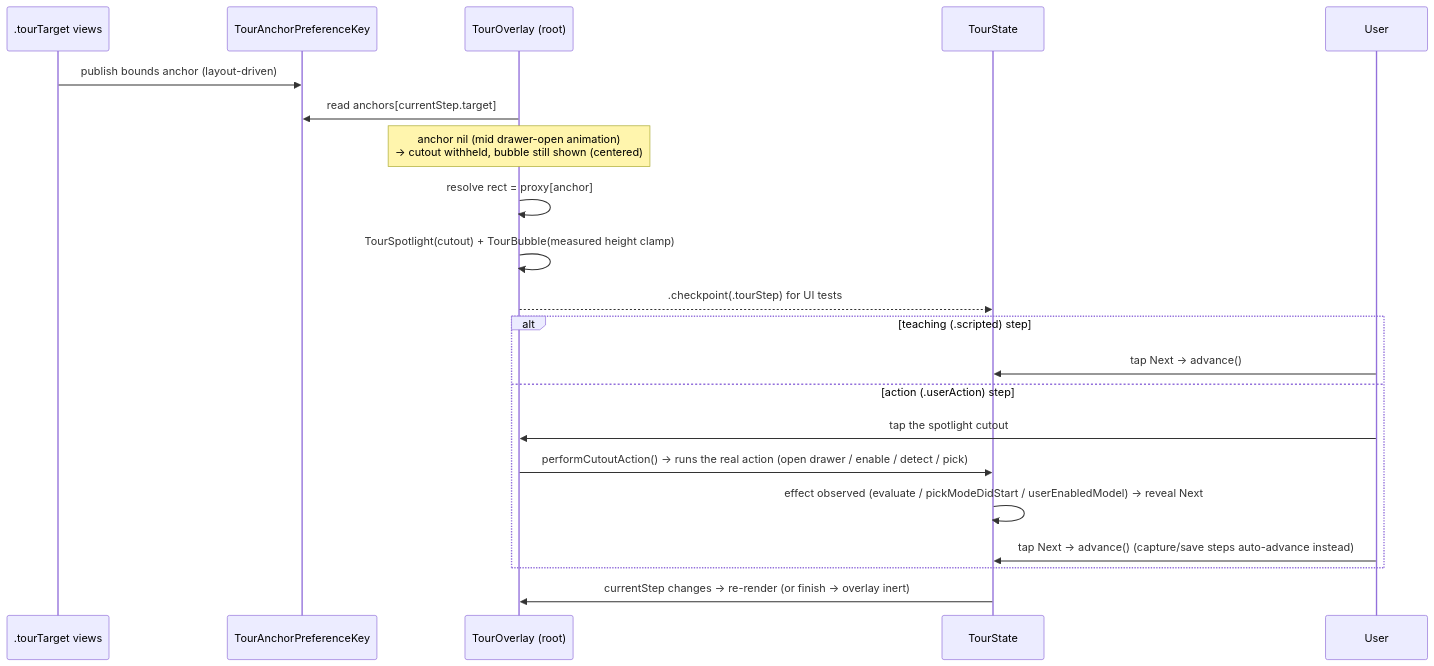
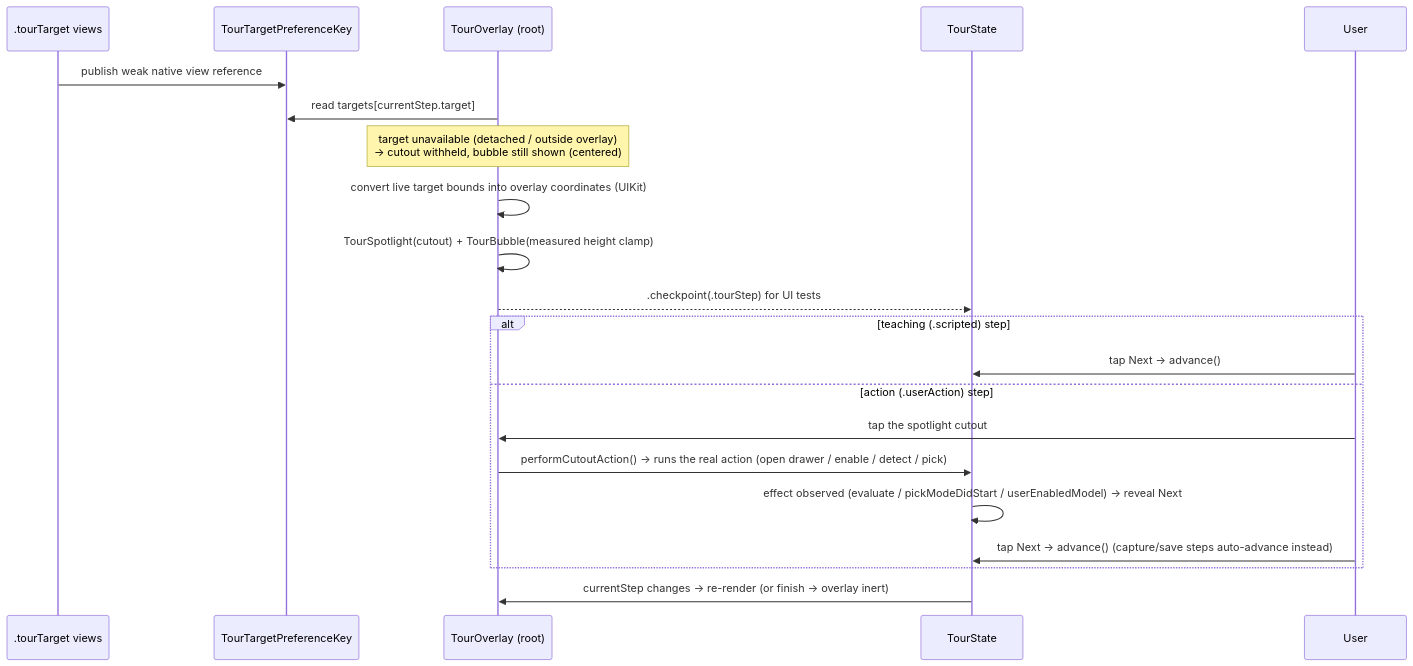
Before and after one commit to aiarcheology-com/aiarcheology: the fourth of 4 diagrams in ios/MLBrowser/iOS/UI/Tour/ARCHITECTURE.md, drawn with Mermaid. The commit also changed other lines of this file and 9 other files, not shown here.

First line of the commit message:
[AIA-1014] Resolve tour targets in native window coordinates

````diff
--- a/ios/MLBrowser/iOS/UI/Tour/ARCHITECTURE.md
+++ b/ios/MLBrowser/iOS/UI/Tour/ARCHITECTURE.md
@@ -144,25 +144,25 @@
 ```mermaid
 sequenceDiagram
     participant Tgt as .tourTarget views
-    participant PK as TourAnchorPreferenceKey
+    participant PK as TourTargetPreferenceKey
     participant OVL as TourOverlay (root)
     participant TS as TourState
     participant U as User
 
-    Tgt->>PK: publish bounds anchor (layout-driven)
-    OVL->>PK: read anchors[currentStep.target]
-    Note over OVL: anchor nil (mid drawer-open animation)<br/>→ cutout withheld, bubble still shown (centered)
-    OVL->>OVL: resolve rect = proxy[anchor]
+    Tgt->>PK: publish weak native view reference
+    OVL->>PK: read targets[currentStep.target]
+    Note over OVL: target unavailable (detached / outside overlay)<br/>→ cutout withheld, bubble still shown (centered)
+    OVL->>OVL: convert live target bounds into overlay coordinates (UIKit)
     OVL->>OVL: TourSpotlight(cutout) + TourBubble(measured height clamp)
     OVL-->>TS: .checkpoint(.tourStep) for UI tests
 
     alt teaching (.scripted) step
         U->>TS: tap Next → advance()
     else action (.userAction) step
         U->>OVL: tap the spotlight cutout
         OVL->>TS: performCutoutAction() → runs the real action (open drawer / enable / detect / pick)
         TS->>TS: effect observed (evaluate / pickModeDidStart / userEnabledModel) → reveal Next
         U->>TS: tap Next → advance()  (capture/save steps auto-advance instead)
     end
     TS->>OVL: currentStep changes → re-render (or finish → overlay inert)
 ```
````
